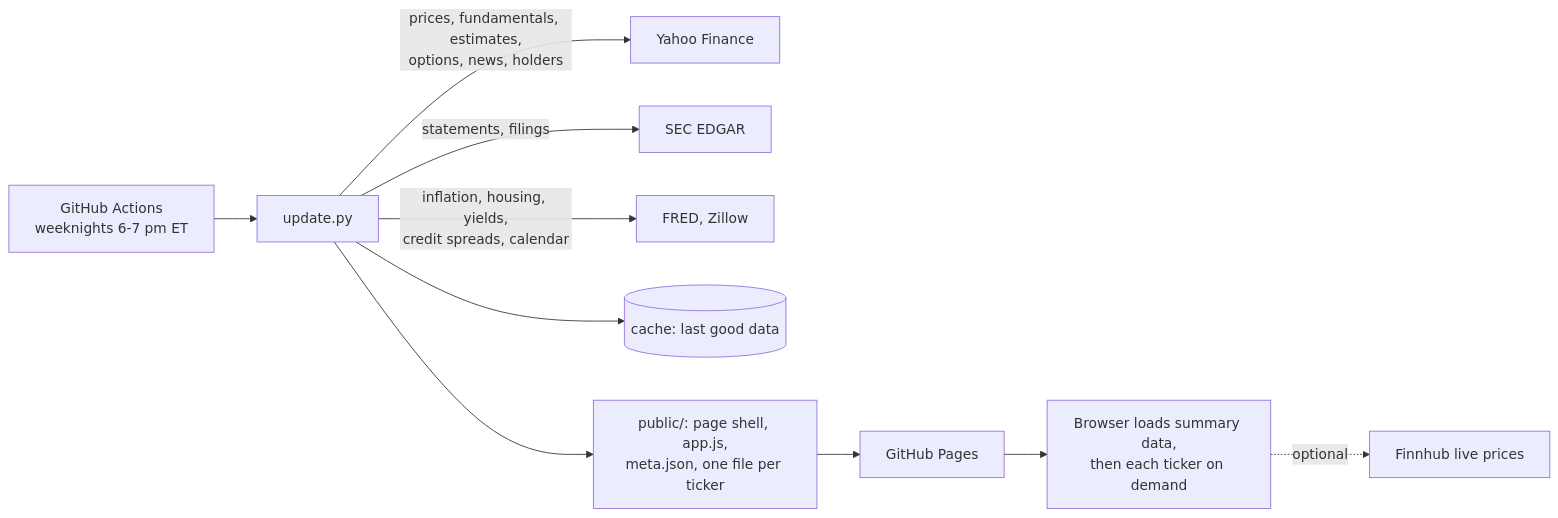
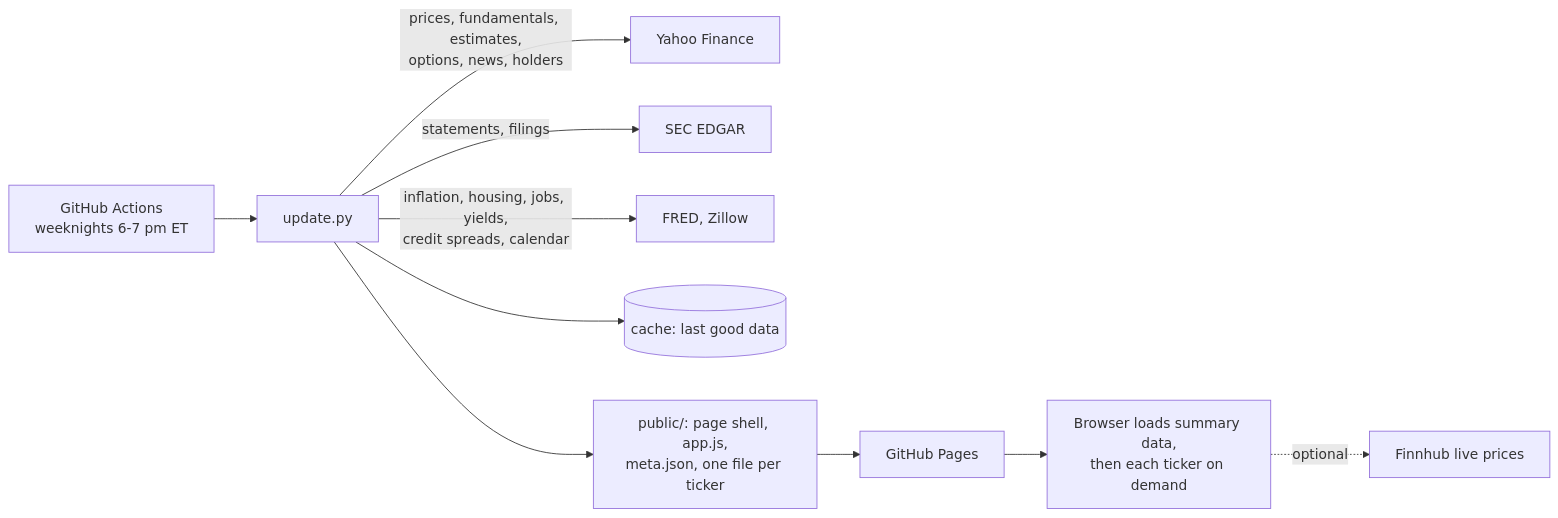
Before and after one commit to RRana23/terminal-lite: the diagram in README.md, drawn with Mermaid. The commit also changed other lines of this file and 4 other files, not shown here.

````diff
--- a/README.md
+++ b/README.md
@@ -37,12 +40,12 @@
 ```mermaid
 flowchart LR
   A[GitHub Actions<br/>weeknights 6-7 pm ET] --> B[update.py]
   B -->|prices, fundamentals, estimates,<br/>options, news, holders| Y[Yahoo Finance]
   B -->|statements, filings| S[SEC EDGAR]
-  B -->|inflation, housing, yields,<br/>credit spreads, calendar| F[FRED, Zillow]
+  B -->|inflation, housing, jobs, yields,<br/>credit spreads, calendar| F[FRED, Zillow]
   B --> C[(cache: last good data)]
   B --> P[public/: page shell, app.js,<br/>meta.json, one file per ticker]
   P --> G[GitHub Pages]
   G --> U[Browser loads summary data,<br/>then each ticker on demand]
   U -.optional.-> L[Finnhub live prices]
 ```
````
